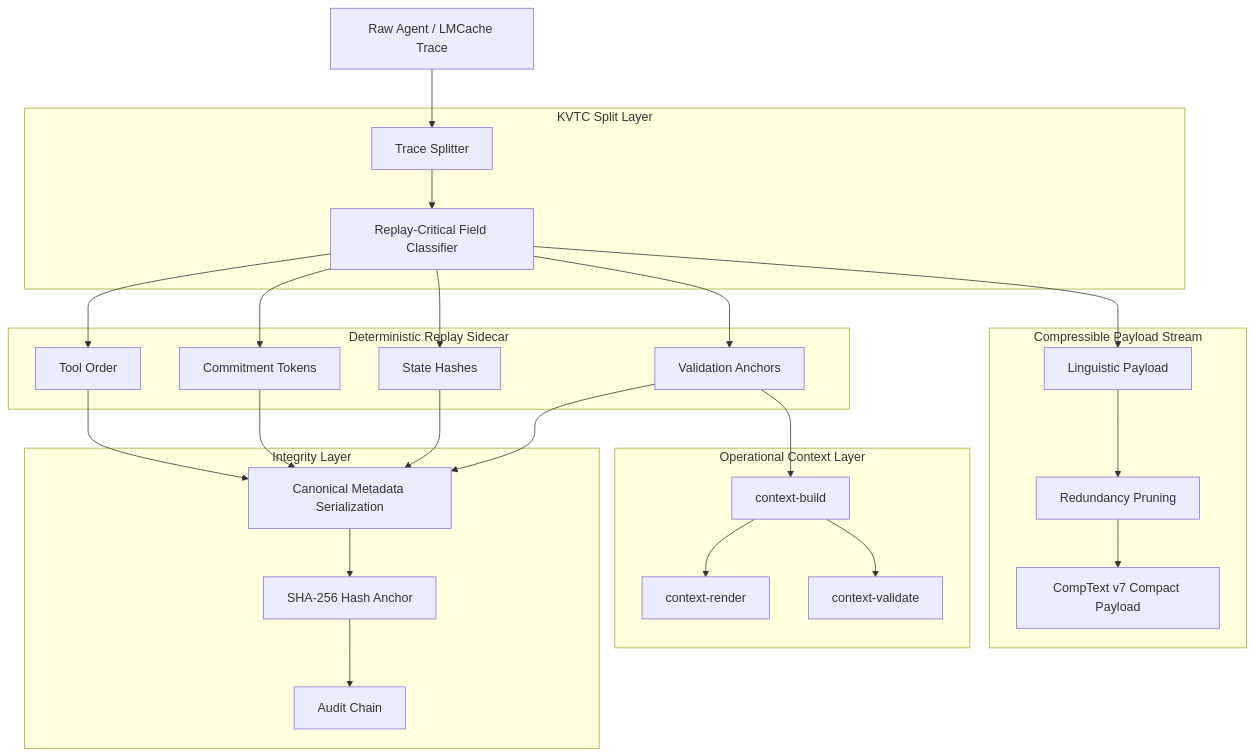
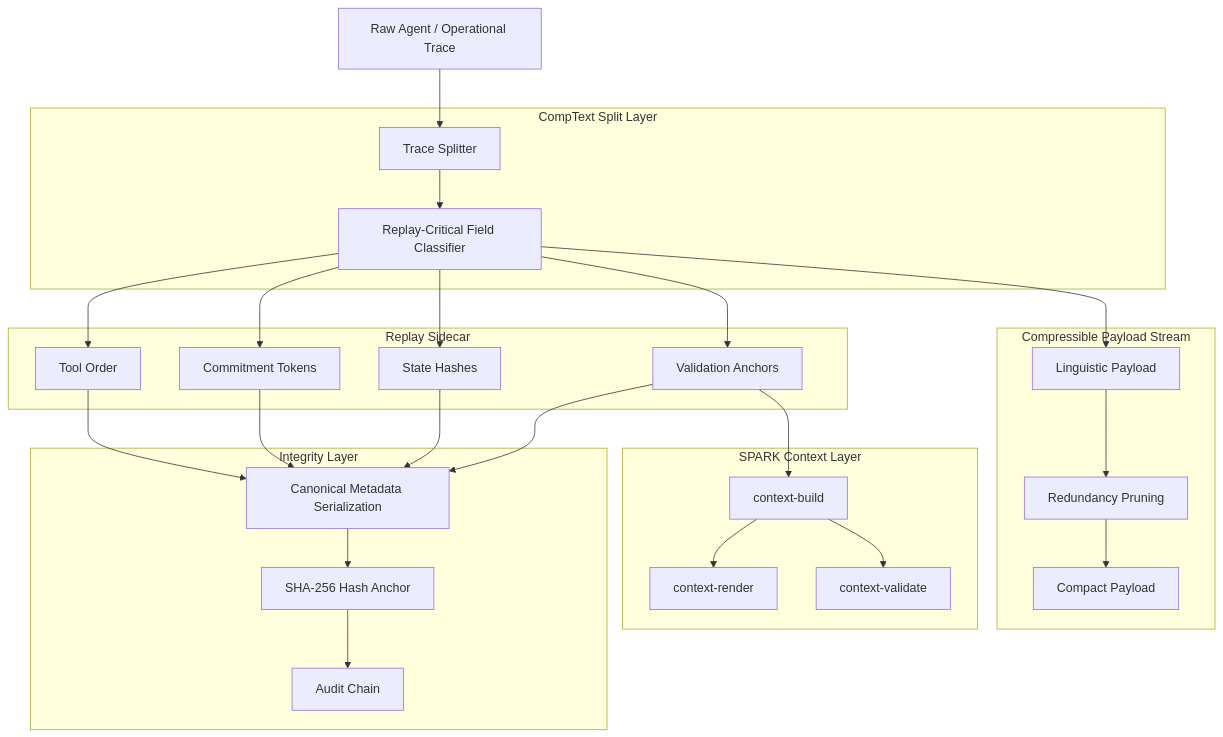
One commit to ProfRandom92/Antigravity-Comptextv7 changed the first of 2 diagrams in README.md. Above: the diagram before and after it, drawn with Mermaid. The commit also changed other lines of this file, not shown here.

Commit message:
docs: align README with CompText-Sparkctl branding

````diff
--- a/README.md
+++ b/README.md
@@ -97,53 +117,53 @@
 ```mermaid
 flowchart TD
-    raw["Raw Agent / LMCache Trace"]
+    raw["Raw Agent / Operational Trace"]
 
-    subgraph split["KVTC Split Layer"]
+    subgraph split["CompText Split Layer"]
         splitter["Trace Splitter"]
         classifier["Replay-Critical Field Classifier"]
     end
 
     subgraph payload["Compressible Payload Stream"]
         text["Linguistic Payload"]
         prune["Redundancy Pruning"]
-        compact["CompText v7 Compact Payload"]
+        compact["Compact Payload"]
     end
 
-    subgraph sidecar["Deterministic Replay Sidecar"]
+    subgraph sidecar["Replay Sidecar"]
         order["Tool Order"]
         commits["Commitment Tokens"]
         state["State Hashes"]
         anchors["Validation Anchors"]
     end
 
-    subgraph context["Operational Context Layer"]
+    subgraph context["SPARK Context Layer"]
         ctxbuild["context-build"]
         ctxrender["context-render"]
         ctxvalidate["context-validate"]
     end
 
     subgraph integrity["Integrity Layer"]
         canon["Canonical Metadata Serialization"]
         hash["SHA-256 Hash Anchor"]
         chain["Audit Chain"]
     end
 
     raw --> splitter
     splitter --> classifier
     classifier --> text
     text --> prune
     prune --> compact
     classifier --> order
     classifier --> commits
     classifier --> state
     classifier --> anchors
     anchors --> ctxbuild
     ctxbuild --> ctxrender
     ctxbuild --> ctxvalidate
     order --> canon
     commits --> canon
     state --> canon
     anchors --> canon
     canon --> hash
     hash --> chain
 ```
````
